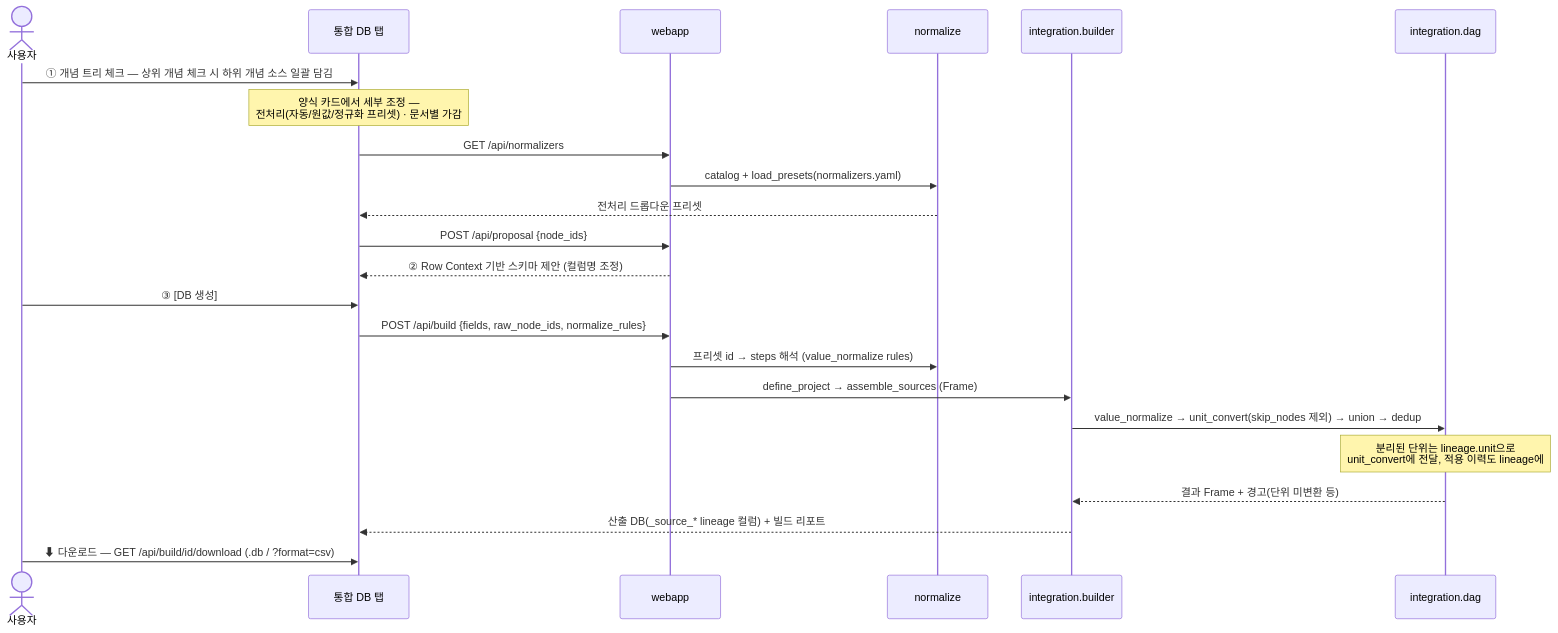
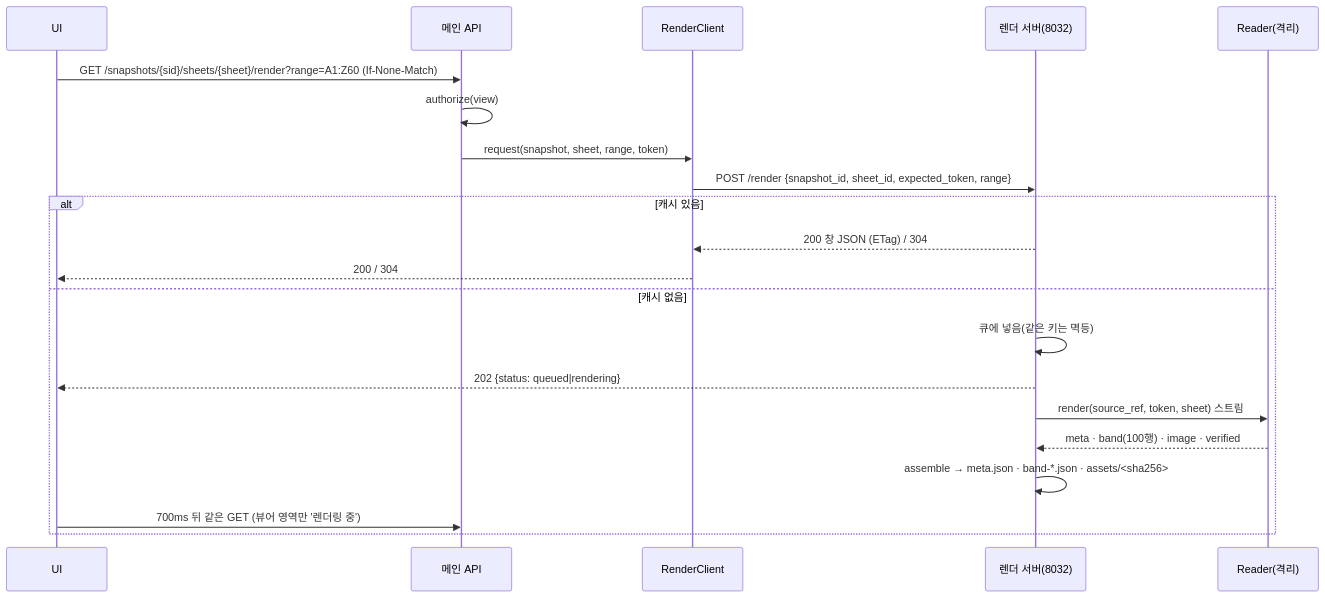
One commit to ujajuck/data_gathering changed the tenth of 11 diagrams in docs/ARCHITECTURE.md. Above: the diagram before and after it, drawn with Mermaid. The commit also changed other lines of this file and 305 other files, not shown here.

First line of the commit message:
레거시 제거와 개명 — v1·v2 런타임과 이관 도구 삭제, kg에서 schema로, 작업 공간 경로 정리

````diff
--- a/docs/ARCHITECTURE.md
+++ b/docs/ARCHITECTURE.md
@@ -586,26 +499,23 @@
 ```mermaid
 sequenceDiagram
-    actor U as 사용자
-    participant DB as 통합 DB 탭
-    participant W as webapp
-    participant N as normalize
-    participant B as integration.builder
-    participant D as integration.dag
-
-    U->>DB: ① 개념 트리 체크 — 상위 개념 체크 시 하위 개념 소스 일괄 담김
-    Note over DB: 양식 카드에서 세부 조정 —<br/>전처리(자동/원값/정규화 프리셋) · 문서별 가감
-    DB->>W: GET /api/normalizers
-    W->>N: catalog + load_presets(normalizers.yaml)
-    N-->>DB: 전처리 드롭다운 프리셋
-    DB->>W: POST /api/proposal {node_ids}
-    W-->>DB: ② Row Context 기반 스키마 제안 (컬럼명 조정)
-    U->>DB: ③ [DB 생성]
-    DB->>W: POST /api/build {fields, raw_node_ids, normalize_rules}
-    W->>N: 프리셋 id → steps 해석 (value_normalize rules)
-    W->>B: define_project → assemble_sources (Frame)
-    B->>D: value_normalize → unit_convert(skip_nodes 제외) → union → dedup
-    Note over D: 분리된 단위는 lineage.unit으로<br/>unit_convert에 전달, 적용 이력도 lineage에
-    D-->>B: 결과 Frame + 경고(단위 미변환 등)
-    B-->>DB: 산출 DB(_source_* lineage 컬럼) + 빌드 리포트
-    U->>DB: ⬇ 다운로드 — GET /api/build/id/download (.db / ?format=csv)
+    participant UI
+    participant API as 메인 API
+    participant RC as RenderClient
+    participant RS as 렌더 서버(8032)
+    participant RD as Reader(격리)
+    UI->>API: GET /snapshots/{sid}/sheets/{sheet}/render?range=A1:Z60 (If-None-Match)
+    API->>API: authorize(view)
+    API->>RC: request(snapshot, sheet, range, token)
+    RC->>RS: POST /render {snapshot_id, sheet_id, expected_token, range}
+    alt 캐시 있음
+        RS-->>RC: 200 창 JSON (ETag) / 304
+        RC-->>UI: 200 / 304
+    else 캐시 없음
+        RS->>RS: 큐에 넣음(같은 키는 멱등)
+        RS-->>UI: 202 {status: queued|rendering}
+        RS->>RD: render(source_ref, token, sheet) 스트림
+        RD-->>RS: meta · band(100행) · image · verified
+        RS->>RS: assemble → meta.json · band-*.json · assets/<sha256>
+        UI->>API: 700ms 뒤 같은 GET (뷰어 영역만 '렌더링 중')
+    end
 ```
````
